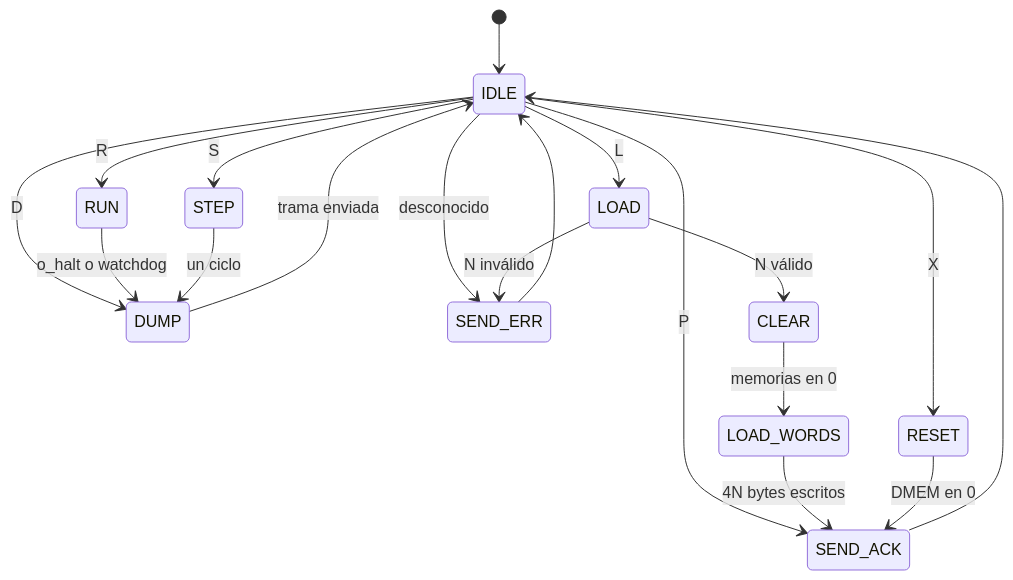
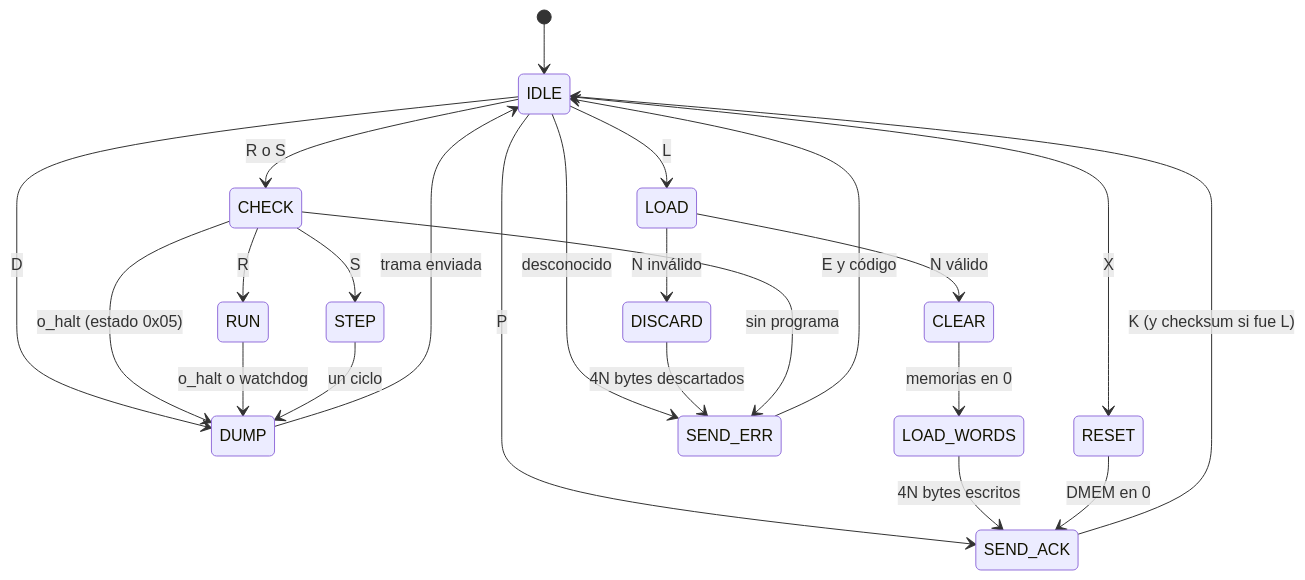
The second of 2 diagrams in docs/protocolo.md (Tuteku/TP-Arquitectura-comp), drawn with Mermaid before and after one commit. The commit also changed other lines of this file and 1 other file, not shown here.

````diff
--- a/docs/protocolo.md
+++ b/docs/protocolo.md
@@ -135,21 +225,25 @@
 ```mermaid
 stateDiagram-v2
     [*] --> IDLE
     IDLE --> LOAD: L
-    IDLE --> RUN: R
-    IDLE --> STEP: S
+    IDLE --> CHECK: R o S
     IDLE --> DUMP: D
     IDLE --> RESET: X
     IDLE --> SEND_ACK: P
     IDLE --> SEND_ERR: desconocido
     LOAD --> CLEAR: N válido
-    LOAD --> SEND_ERR: N inválido
+    LOAD --> DISCARD: N inválido
+    DISCARD --> SEND_ERR: 4N bytes descartados
     CLEAR --> LOAD_WORDS: memorias en 0
     LOAD_WORDS --> SEND_ACK: 4N bytes escritos
     RESET --> SEND_ACK: DMEM en 0
+    CHECK --> SEND_ERR: sin programa
+    CHECK --> DUMP: o_halt (estado 0x05)
+    CHECK --> RUN: R
+    CHECK --> STEP: S
     RUN --> DUMP: o_halt o watchdog
     STEP --> DUMP: un ciclo
     DUMP --> IDLE: trama enviada
-    SEND_ACK --> IDLE
-    SEND_ERR --> IDLE
+    SEND_ACK --> IDLE: K (y checksum si fue L)
+    SEND_ERR --> IDLE: E y código
 ```
````
